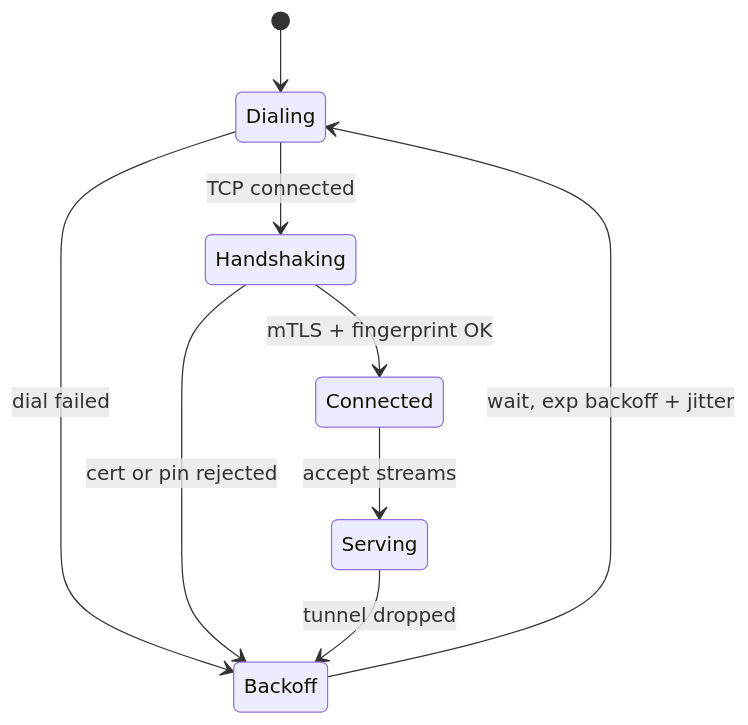
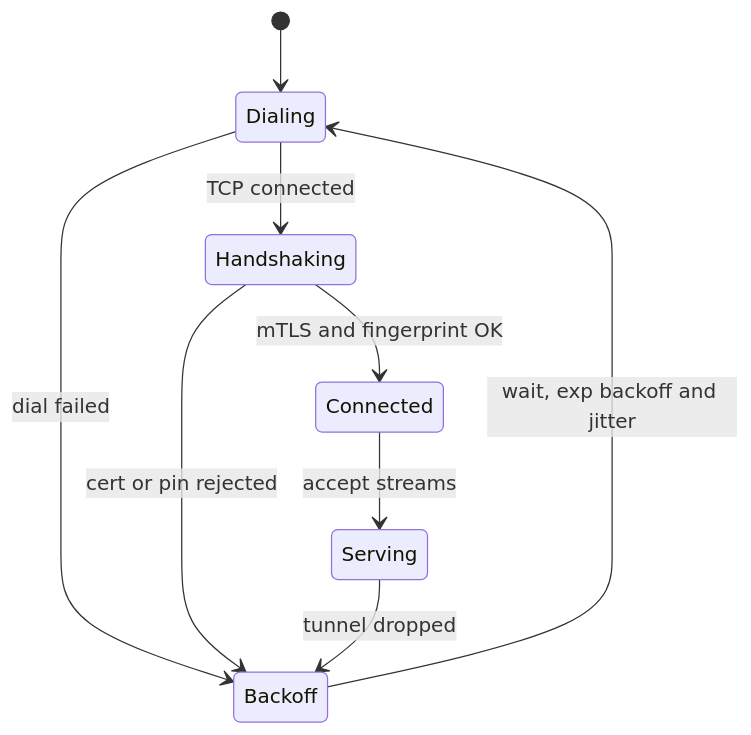
The third of 4 diagrams in README.md (baspeters/coen), drawn with Mermaid before and after one commit. The commit also changed other lines of this file, not shown here.

````diff
--- a/README.md
+++ b/README.md
@@ -148,11 +138,11 @@
 ```mermaid
 stateDiagram-v2
     [*] --> Dialing
     Dialing --> Handshaking: TCP connected
     Dialing --> Backoff: dial failed
-    Handshaking --> Connected: mTLS + fingerprint OK
+    Handshaking --> Connected: mTLS and fingerprint OK
     Handshaking --> Backoff: cert or pin rejected
     Connected --> Serving: accept streams
     Serving --> Backoff: tunnel dropped
-    Backoff --> Dialing: wait, exp backoff + jitter
+    Backoff --> Dialing: wait, exp backoff and jitter
 ```
````
